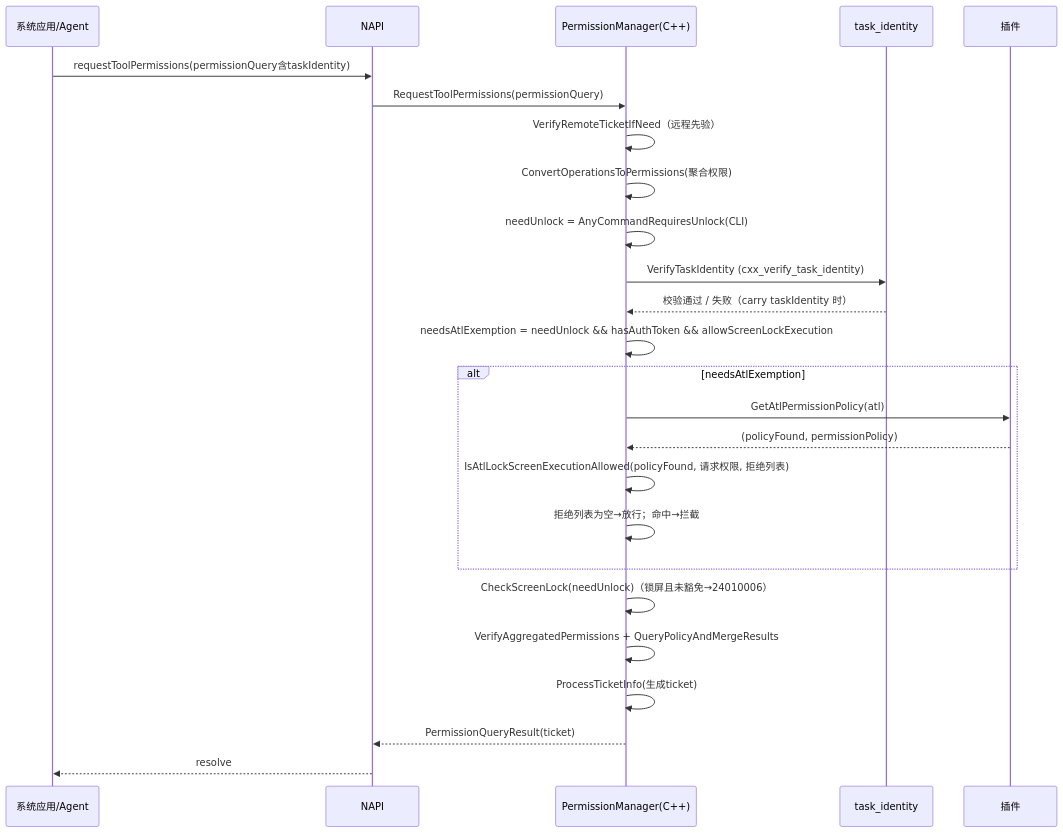
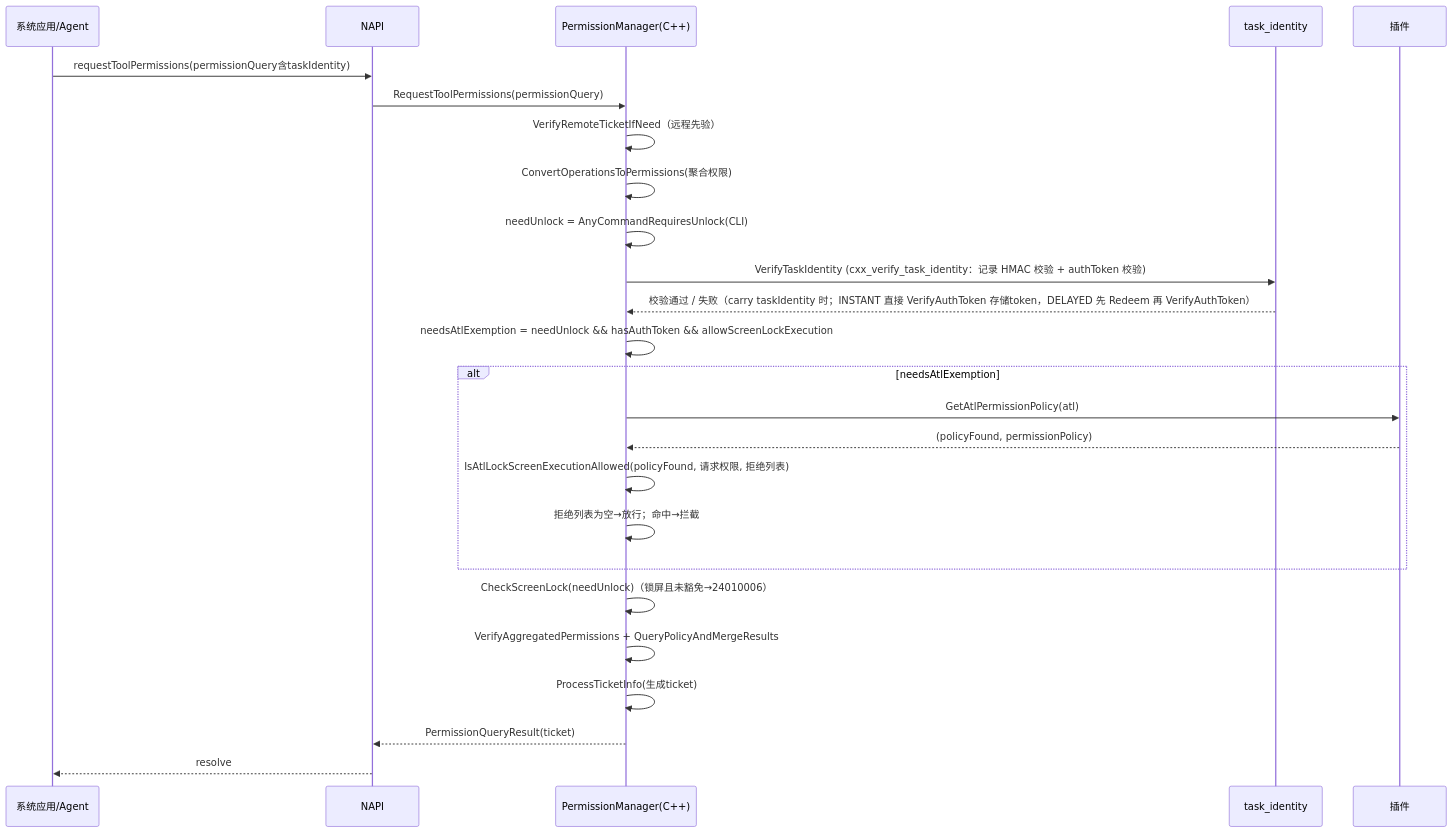
One commit to eclipse-oniro-mirrors/security_asset changed the fifth of 8 diagrams in .codespec/changes/20260905541319/design.md. Above: the diagram before and after it, drawn with Mermaid. The commit also changed other lines of this file and 35 other files, not shown here.

````diff
--- a/.codespec/changes/20260905541319/design.md
+++ b/.codespec/changes/20260905541319/design.md
@@ -324,27 +340,27 @@
 ```mermaid
 sequenceDiagram
   participant App as 系统应用/Agent
   participant NAPI as NAPI
   participant PM as PermissionManager(C++)
   participant TI as task_identity
   participant PLUG as 插件
   App->>NAPI: requestToolPermissions(permissionQuery含taskIdentity)
   NAPI->>PM: RequestToolPermissions(permissionQuery)
   PM->>PM: VerifyRemoteTicketIfNeed（远程先验）
   PM->>PM: ConvertOperationsToPermissions(聚合权限)
   PM->>PM: needUnlock = AnyCommandRequiresUnlock(CLI)
-  PM->>TI: VerifyTaskIdentity (cxx_verify_task_identity)
-  TI-->>PM: 校验通过 / 失败（carry taskIdentity 时）
+  PM->>TI: VerifyTaskIdentity (cxx_verify_task_identity：记录 HMAC 校验 + authToken 校验)
+  TI-->>PM: 校验通过 / 失败（carry taskIdentity 时；INSTANT 直接 VerifyAuthToken 存储token，DELAYED 先 Redeem 再 VerifyAuthToken）
   PM->>PM: needsAtlExemption = needUnlock && hasAuthToken && allowScreenLockExecution
   alt needsAtlExemption
     PM->>PLUG: GetAtlPermissionPolicy(atl)
     PLUG-->>PM: (policyFound, permissionPolicy)
     PM->>PM: IsAtlLockScreenExecutionAllowed(policyFound, 请求权限, 拒绝列表)
     PM->>PM: 拒绝列表为空→放行；命中→拦截
   end
   PM->>PM: CheckScreenLock(needUnlock)（锁屏且未豁免→24010006）
   PM->>PM: VerifyAggregatedPermissions + QueryPolicyAndMergeResults
   PM->>PM: ProcessTicketInfo(生成ticket)
   PM-->>NAPI: PermissionQueryResult(ticket)
   NAPI-->>App: resolve
 ```
````
